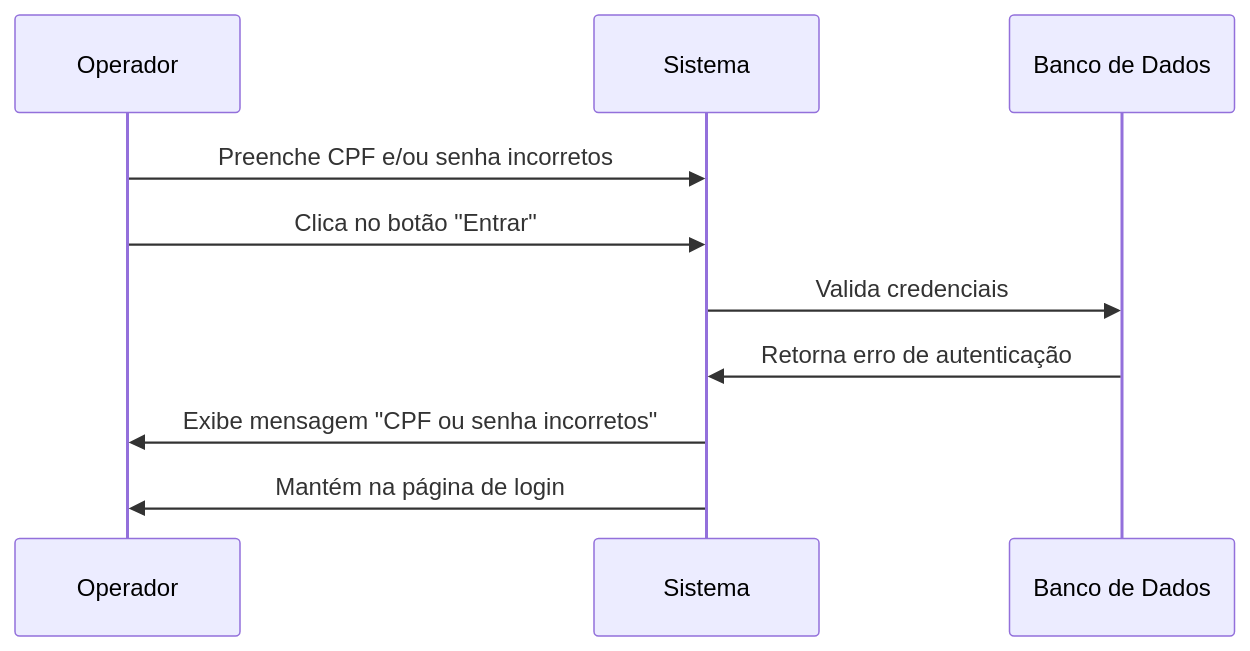
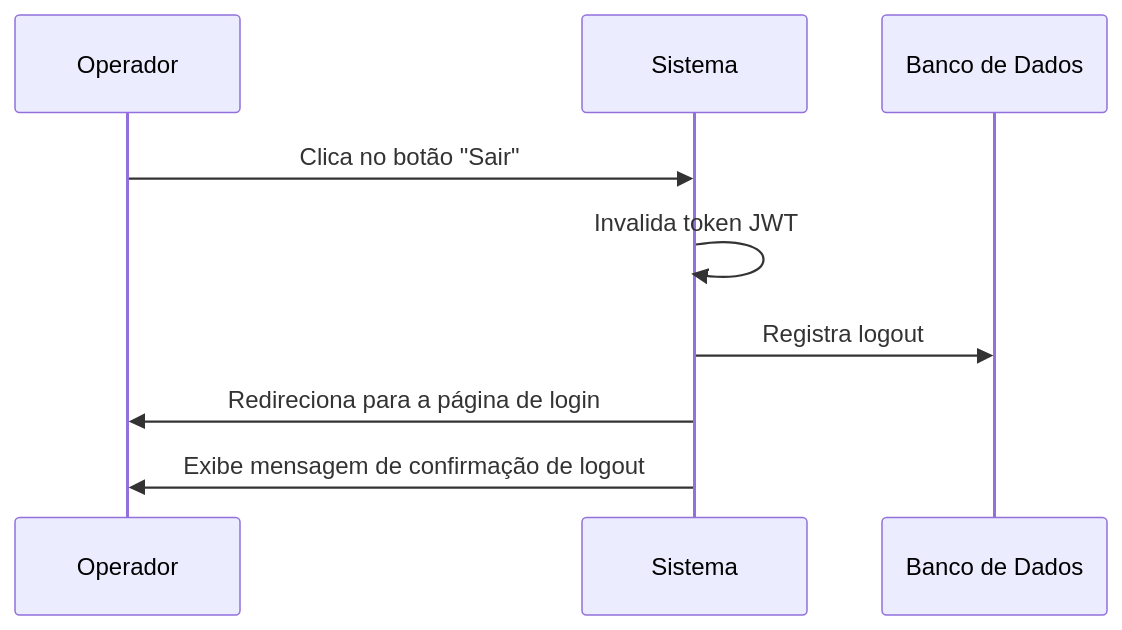
One commit to Bomsalvez/quilombo-docs changed the first of 3 diagrams in Writerside/topics/RF10.md. Above: the diagram before and after it, drawn with Mermaid. The commit also changed other lines of this file and 34 other files, not shown here.

````diff
--- a/Writerside/topics/RF10.md
+++ b/Writerside/topics/RF10.md
@@ -54,13 +31,12 @@
 ```mermaid
 sequenceDiagram
     participant O as Operador
     participant S as Sistema
     participant DB as Banco de Dados
     
-    O->>S: Preenche CPF e/ou senha incorretos
-    O->>S: Clica no botão "Entrar"
-    S->>DB: Valida credenciais
-    DB->>S: Retorna erro de autenticação
-    S->>O: Exibe mensagem "CPF ou senha incorretos"
-    S->>O: Mantém na página de login
+    O->>S: Clica no botão "Sair"
+    S->>S: Invalida token JWT
+    S->>DB: Registra logout
+    S->>O: Redireciona para a página de login
+    S->>O: Exibe mensagem de confirmação de logout
 ```
````
